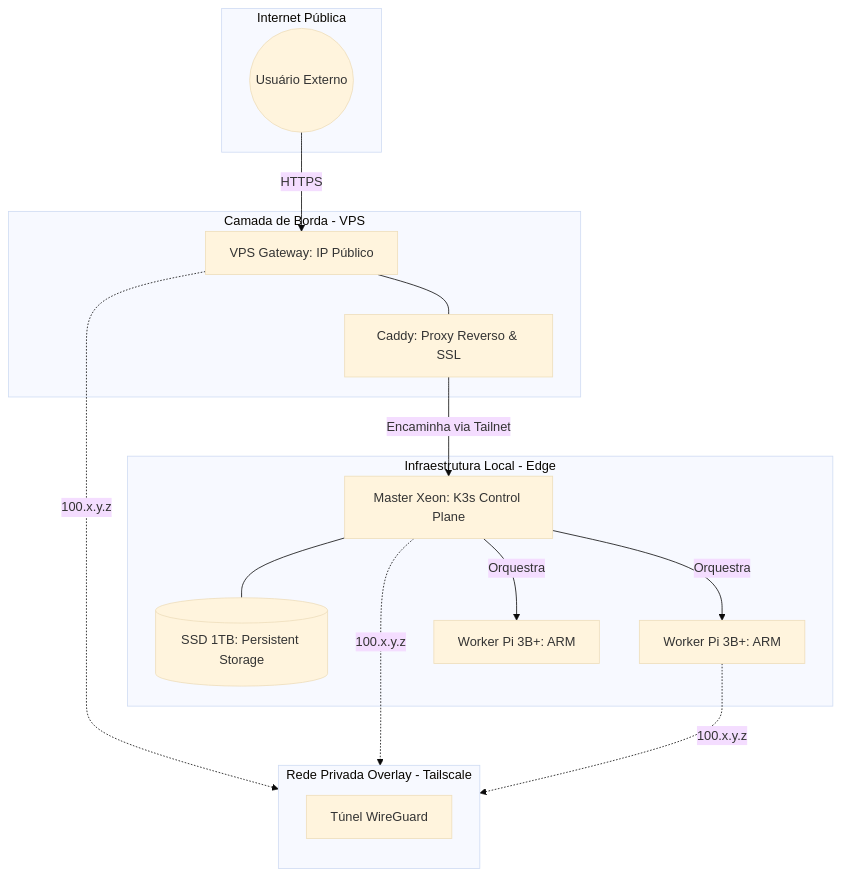
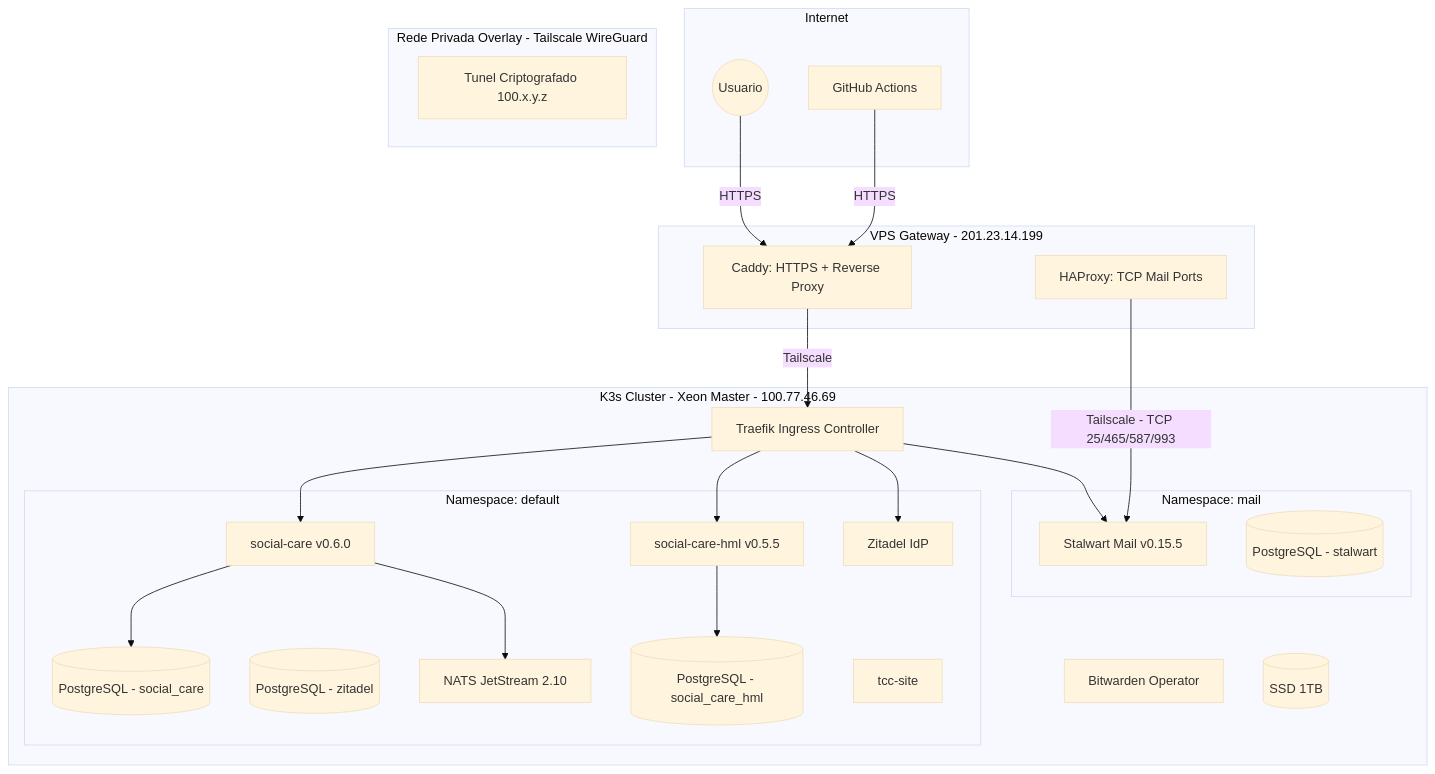
The diagram in docs/ARCHITECTURE.md (acdgbrasil/edge-cloud-infra), drawn with Mermaid (base theme) before and after one commit. The commit also changed other lines of this file and 9 other files, not shown here.

First line of the commit message:
fix: bump social-care-hml to v0.6.0 + atualizar docs

````diff
--- a/docs/ARCHITECTURE.md
+++ b/docs/ARCHITECTURE.md
@@ -10,35 +11,51 @@
 ```mermaid
 graph TD
-    subgraph Internet_Publica [Internet Pública]
-        User((Usuário Externo))
+    subgraph Internet
+        User((Usuario))
+        CI[GitHub Actions]
     end
 
-    subgraph VPS_Cloud [Camada de Borda - VPS]
-        Gateway[VPS Gateway: IP Público]
-        Caddy[Caddy: Proxy Reverso & SSL]
+    subgraph VPS[VPS Gateway - 201.23.14.199]
+        Caddy[Caddy: HTTPS + Reverse Proxy]
+        HAProxy[HAProxy: TCP Mail Ports]
     end
 
-    subgraph Tailnet [Rede Privada Overlay - Tailscale]
-        direction TB
-        T1[Túnel WireGuard]
+    subgraph Tailnet[Rede Privada Overlay - Tailscale WireGuard]
+        T1[Tunel Criptografado 100.x.y.z]
     end
 
-    subgraph Local_Infrastructure [Infraestrutura Local - Edge]
-        Master[Master Xeon: K3s Control Plane]
-        SSD[(SSD 1TB: Persistent Storage)]
-        Worker1[Worker Pi 3B+: ARM]
-        Worker2[Worker Pi 3B+: ARM]
+    subgraph K3s[K3s Cluster - Xeon Master - 100.77.46.69]
+        Traefik[Traefik Ingress Controller]
+
+        subgraph Apps[Namespace: default]
+            SC[social-care v0.6.0]
+            SC_HML[social-care-hml v0.5.5]
+            PG_Main[(PostgreSQL - social_care)]
+            PG_Zitadel[(PostgreSQL - zitadel)]
+            PG_HML[(PostgreSQL - social_care_hml)]
+            NATS[NATS JetStream 2.10]
+            Zitadel[Zitadel IdP]
+            TCC[tcc-site]
+        end
+
+        subgraph Mail[Namespace: mail]
+            Stalwart[Stalwart Mail v0.15.5]
+            PG_Mail[(PostgreSQL - stalwart)]
+        end
+
+        BW[Bitwarden Operator]
+        SSD[(SSD 1TB)]
     end
 
-    User -->|HTTPS| Gateway
-    Gateway --- Caddy
-    Caddy -->|Encaminha via Tailnet| Master
-    Master --- SSD
-    Master -->|Orquestra| Worker1
-    Master -->|Orquestra| Worker2
-    
-    %% Conexões de Rede Privada
-    Gateway -.->|100.x.y.z| T1
-    Master -.->|100.x.y.z| T1
-    Worker1 -.->|100.x.y.z| T1
+    User -->|HTTPS| Caddy
+    CI -->|HTTPS| Caddy
+    Caddy -->|Tailscale| Traefik
+    HAProxy -->|Tailscale - TCP 25/465/587/993| Stalwart
+    Traefik --> SC
+    Traefik --> SC_HML
+    Traefik --> Zitadel
+    Traefik --> Stalwart
+    SC --> PG_Main
+    SC --> NATS
+    SC_HML --> PG_HML
 ```
````
